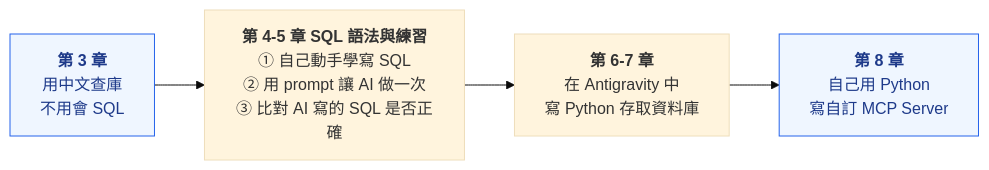
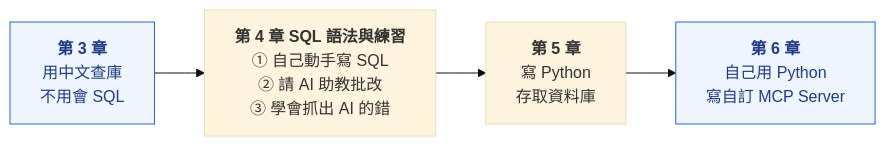
The second of 2 diagrams in MCP操作資料庫/README.md (roberthsu2003/postgreSQL_MCP), drawn with Mermaid (base theme) before and after one commit. The commit also changed other lines of this file and 67 other files, not shown here.

````diff
--- a/MCP操作資料庫/README.md
+++ b/MCP操作資料庫/README.md
@@ -52,9 +54,9 @@
 ```mermaid
 flowchart LR
-    C3["<b>第 3 章</b><br/>用中文查庫<br/>不用會 SQL"] --> C4["<b>第 4-5 章 SQL 語法與練習</b><br/>① 自己動手學寫 SQL<br/>② 用 prompt 讓 AI 做一次<br/>③ 比對 AI 寫的 SQL 是否正確"]
-    C4 --> C6["<b>第 6-7 章</b><br/>在 Antigravity 中<br/>寫 Python 存取資料庫"]
-    C6 --> C8["<b>第 8 章</b><br/>自己用 Python<br/>寫自訂 MCP Server"]
+    C3["<b>第 3 章</b><br/>用中文查庫<br/>不用會 SQL"] --> C4["<b>第 4 章 SQL 語法與練習</b><br/>① 自己動手寫 SQL<br/>② 請 AI 助教批改<br/>③ 學會抓出 AI 的錯"]
+    C4 --> C6["<b>第 5 章</b><br/>寫 Python<br/>存取資料庫"]
+    C6 --> C8["<b>第 6 章</b><br/>自己用 Python<br/>寫自訂 MCP Server"]
 
     classDef mcp fill:#eff6ff,stroke:#2563eb,color:#1e3a8a
     class C3,C8 mcp
 ```
````
